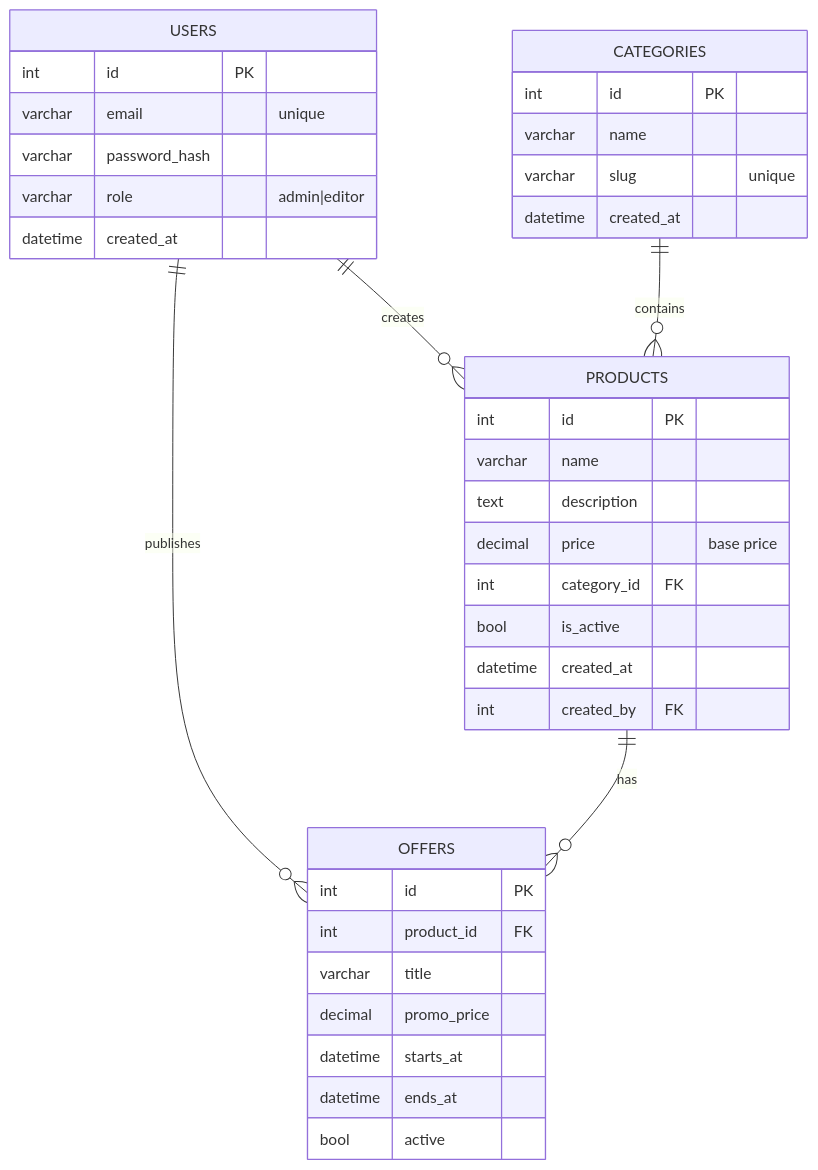
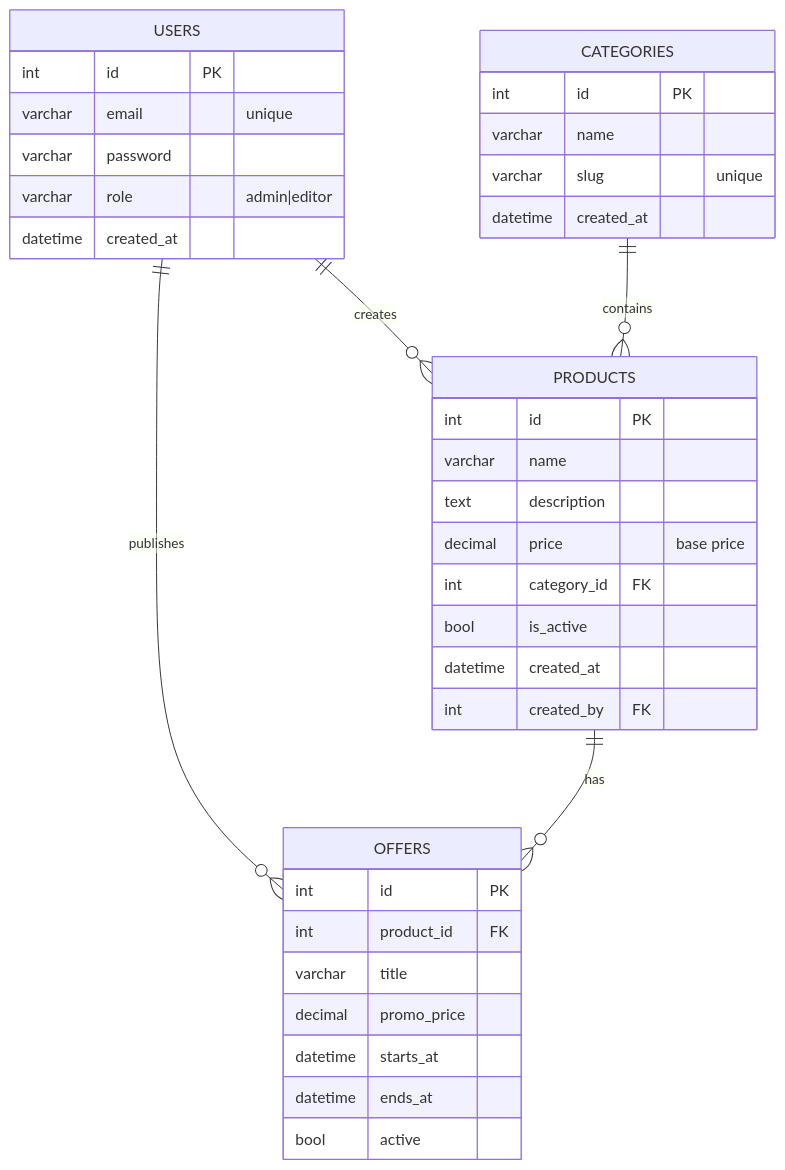
One commit to Nickdev8/m6prog_de_groene_kist changed the diagram in docs/ERD.md. Above: the diagram before and after it, drawn with Mermaid. The commit also changed 3 other files, not shown here.

Commit message:
Use plain password column instead of hash

````diff
--- a/docs/ERD.md
+++ b/docs/ERD.md
@@ -3,43 +3,43 @@
 ```mermaid
 erDiagram
     USERS {
         int id PK
         varchar email "unique"
-        varchar password_hash
+        varchar password
         varchar role "admin|editor"
         datetime created_at
     }
 
     CATEGORIES {
         int id PK
         varchar name
         varchar slug "unique"
         datetime created_at
     }
 
     PRODUCTS {
         int id PK
         varchar name
         text description
         decimal price "base price"
         int category_id FK
         bool is_active
         datetime created_at
         int created_by FK
     }
 
     OFFERS {
         int id PK
         int product_id FK
         varchar title
         decimal promo_price
         datetime starts_at
         datetime ends_at
         bool active
     }
 
     USERS ||--o{ PRODUCTS : "creates"
     USERS ||--o{ OFFERS : "publishes"
     CATEGORIES ||--o{ PRODUCTS : "contains"
     PRODUCTS ||--o{ OFFERS : "has"
 ```
````
